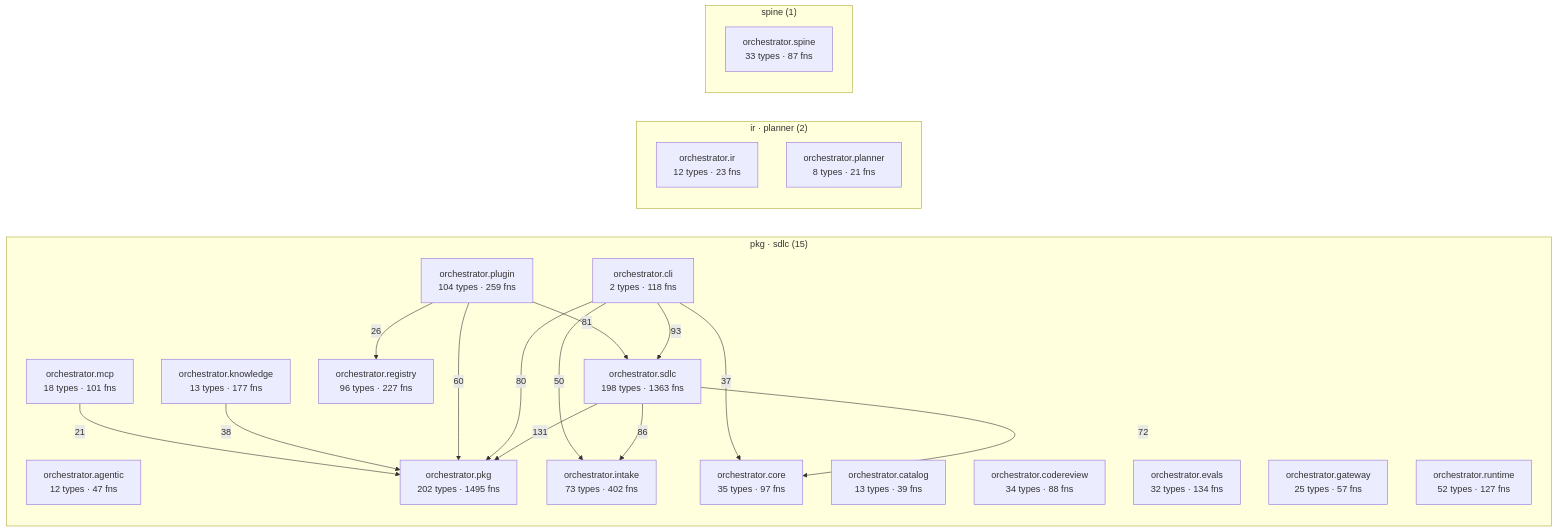
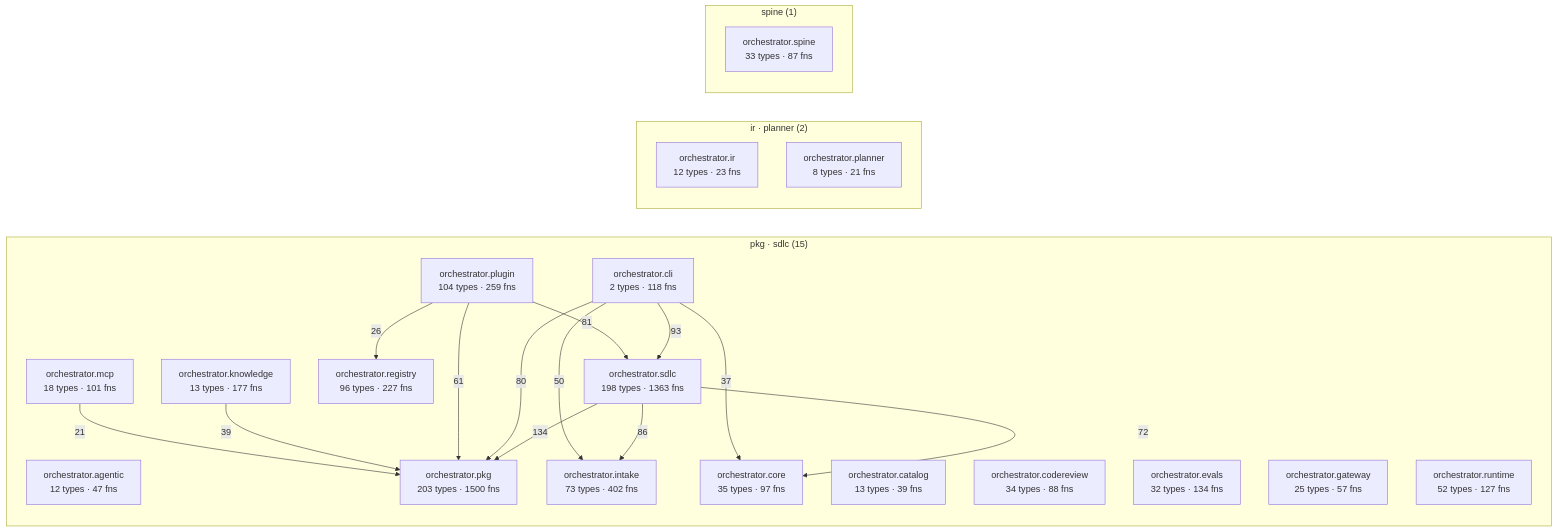
The diagram in episteme/architecture.md (synaptixs/spine), drawn with Mermaid before and after one commit. The commit also changed other lines of this file and 28 other files, not shown here.

````diff
--- a/episteme/architecture.md
+++ b/episteme/architecture.md
@@ -56,39 +56,39 @@
 ```mermaid
 flowchart LR
   subgraph c_2["pkg · sdlc (15)"]
     aorchestratoragentic["orchestrator.agentic<br/>12 types · 47 fns"]
     aorchestratorcatalog["orchestrator.catalog<br/>13 types · 39 fns"]
     aorchestratorcli["orchestrator.cli<br/>2 types · 118 fns"]
     aorchestratorcodereview["orchestrator.codereview<br/>34 types · 88 fns"]
     aorchestratorcore["orchestrator.core<br/>35 types · 97 fns"]
     aorchestratorevals["orchestrator.evals<br/>32 types · 134 fns"]
     aorchestratorgateway["orchestrator.gateway<br/>25 types · 57 fns"]
     aorchestratorintake["orchestrator.intake<br/>73 types · 402 fns"]
     aorchestratorknowledge["orchestrator.knowledge<br/>13 types · 177 fns"]
     aorchestratormcp["orchestrator.mcp<br/>18 types · 101 fns"]
-    aorchestratorpkg["orchestrator.pkg<br/>202 types · 1495 fns"]
+    aorchestratorpkg["orchestrator.pkg<br/>203 types · 1500 fns"]
     aorchestratorplugin["orchestrator.plugin<br/>104 types · 259 fns"]
     aorchestratorregistry["orchestrator.registry<br/>96 types · 227 fns"]
     aorchestratorruntime["orchestrator.runtime<br/>52 types · 127 fns"]
     aorchestratorsdlc["orchestrator.sdlc<br/>198 types · 1363 fns"]
   end
   subgraph c_6["ir · planner (2)"]
     aorchestratorir["orchestrator.ir<br/>12 types · 23 fns"]
     aorchestratorplanner["orchestrator.planner<br/>8 types · 21 fns"]
   end
   subgraph c_12["spine (1)"]
     aorchestratorspine["orchestrator.spine<br/>33 types · 87 fns"]
   end
-  aorchestratorsdlc -->|131| aorchestratorpkg
+  aorchestratorsdlc -->|134| aorchestratorpkg
   aorchestratorcli -->|93| aorchestratorsdlc
   aorchestratorsdlc -->|86| aorchestratorintake
   aorchestratorplugin -->|81| aorchestratorsdlc
   aorchestratorcli -->|80| aorchestratorpkg
   aorchestratorsdlc -->|72| aorchestratorcore
-  aorchestratorplugin -->|60| aorchestratorpkg
+  aorchestratorplugin -->|61| aorchestratorpkg
   aorchestratorcli -->|50| aorchestratorintake
-  aorchestratorknowledge -->|38| aorchestratorpkg
+  aorchestratorknowledge -->|39| aorchestratorpkg
   aorchestratorcli -->|37| aorchestratorcore
   aorchestratorplugin -->|26| aorchestratorregistry
   aorchestratormcp -->|21| aorchestratorpkg
 ```
````
